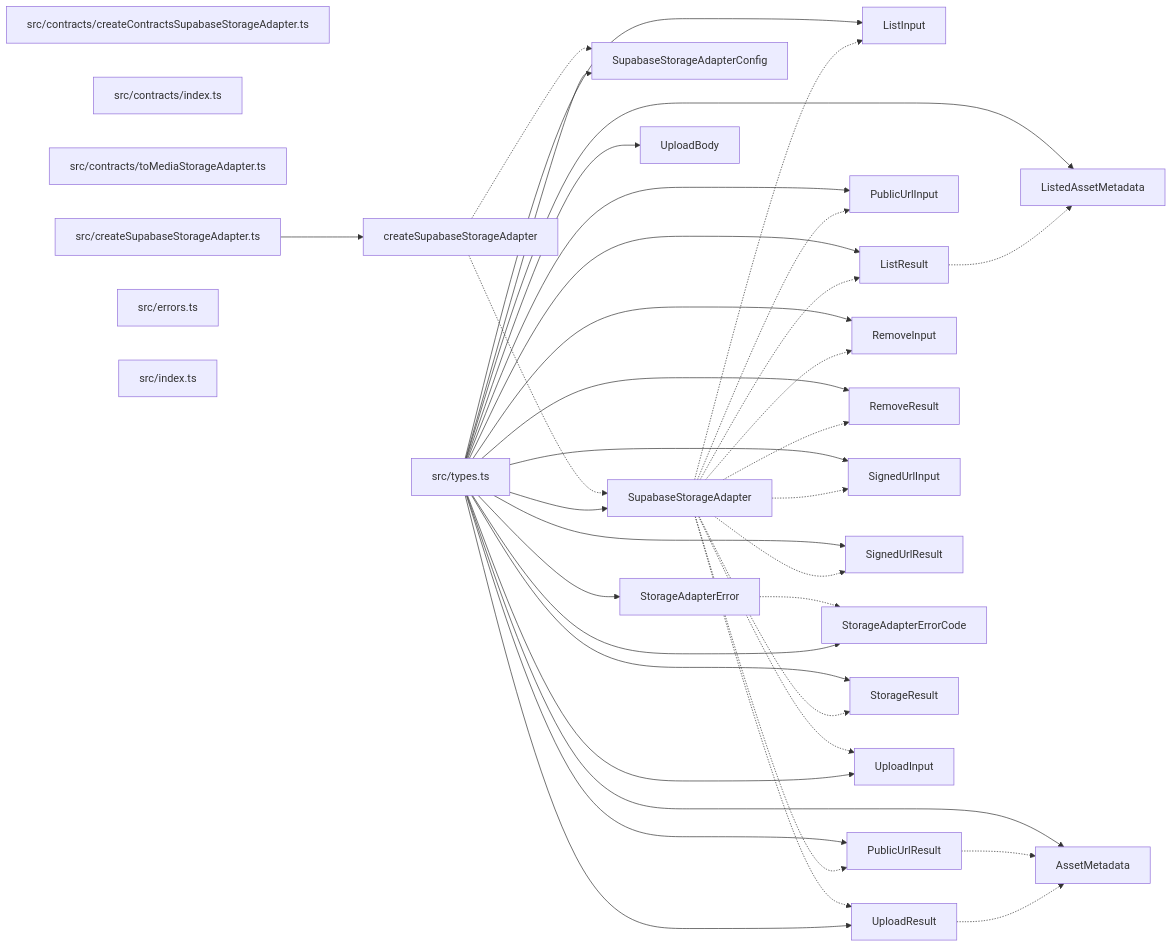
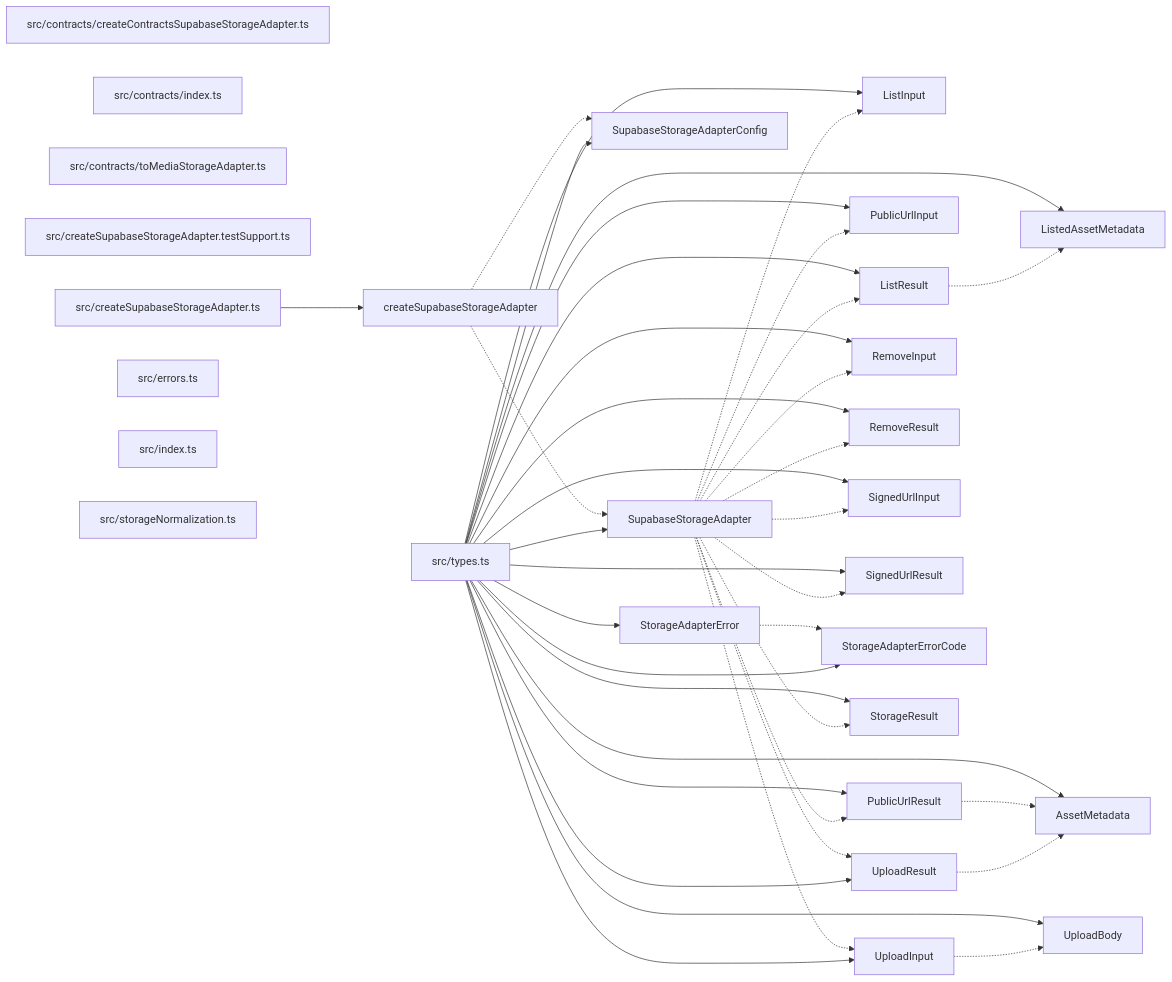
Before and after one commit to ankhorage/supabase-storage: the diagram in paradox/diagrams/export-graph.mmd, drawn with Mermaid. The commit also changed 12 other files, not shown here.

```diff
--- a/paradox/diagrams/export-graph.mmd
+++ b/paradox/diagrams/export-graph.mmd
@@ -1,63 +1,66 @@
 graph LR
   module_src_contracts_createContractsSupabaseStorageAdapter_ts["src/contracts/createContractsSupabaseStorageAdapter.ts"]
   module_src_contracts_index_ts["src/contracts/index.ts"]
   module_src_contracts_toMediaStorageAdapter_ts["src/contracts/toMediaStorageAdapter.ts"]
+  module_src_createSupabaseStorageAdapter_testSupport_ts["src/createSupabaseStorageAdapter.testSupport.ts"]
   module_src_createSupabaseStorageAdapter_ts["src/createSupabaseStorageAdapter.ts"]
   module_src_errors_ts["src/errors.ts"]
   module_src_index_ts["src/index.ts"]
+  module_src_storageNormalization_ts["src/storageNormalization.ts"]
   module_src_types_ts["src/types.ts"]
   export_AssetMetadata["AssetMetadata"]
   module_src_types_ts --> export_AssetMetadata
   export_createSupabaseStorageAdapter["createSupabaseStorageAdapter"]
   module_src_createSupabaseStorageAdapter_ts --> export_createSupabaseStorageAdapter
   export_createSupabaseStorageAdapter -.-> export_SupabaseStorageAdapter
   export_createSupabaseStorageAdapter -.-> export_SupabaseStorageAdapterConfig
   export_ListedAssetMetadata["ListedAssetMetadata"]
   module_src_types_ts --> export_ListedAssetMetadata
   export_ListInput["ListInput"]
   module_src_types_ts --> export_ListInput
   export_ListResult["ListResult"]
   module_src_types_ts --> export_ListResult
   export_ListResult -.-> export_ListedAssetMetadata
   export_PublicUrlInput["PublicUrlInput"]
   module_src_types_ts --> export_PublicUrlInput
   export_PublicUrlResult["PublicUrlResult"]
   module_src_types_ts --> export_PublicUrlResult
   export_PublicUrlResult -.-> export_AssetMetadata
   export_RemoveInput["RemoveInput"]
   module_src_types_ts --> export_RemoveInput
   export_RemoveResult["RemoveResult"]
   module_src_types_ts --> export_RemoveResult
   export_SignedUrlInput["SignedUrlInput"]
   module_src_types_ts --> export_SignedUrlInput
   export_SignedUrlResult["SignedUrlResult"]
   module_src_types_ts --> export_SignedUrlResult
   export_StorageAdapterError["StorageAdapterError"]
   module_src_types_ts --> export_StorageAdapterError
   export_StorageAdapterError -.-> export_StorageAdapterErrorCode
   export_StorageAdapterErrorCode["StorageAdapterErrorCode"]
   module_src_types_ts --> export_StorageAdapterErrorCode
   export_StorageResult["StorageResult"]
   module_src_types_ts --> export_StorageResult
   export_SupabaseStorageAdapter["SupabaseStorageAdapter"]
   module_src_types_ts --> export_SupabaseStorageAdapter
   export_SupabaseStorageAdapter -.-> export_ListInput
   export_SupabaseStorageAdapter -.-> export_ListResult
   export_SupabaseStorageAdapter -.-> export_PublicUrlInput
   export_SupabaseStorageAdapter -.-> export_PublicUrlResult
   export_SupabaseStorageAdapter -.-> export_RemoveInput
   export_SupabaseStorageAdapter -.-> export_RemoveResult
   export_SupabaseStorageAdapter -.-> export_SignedUrlInput
   export_SupabaseStorageAdapter -.-> export_SignedUrlResult
   export_SupabaseStorageAdapter -.-> export_StorageResult
   export_SupabaseStorageAdapter -.-> export_UploadInput
   export_SupabaseStorageAdapter -.-> export_UploadResult
   export_SupabaseStorageAdapterConfig["SupabaseStorageAdapterConfig"]
   module_src_types_ts --> export_SupabaseStorageAdapterConfig
   export_UploadBody["UploadBody"]
   module_src_types_ts --> export_UploadBody
   export_UploadInput["UploadInput"]
   module_src_types_ts --> export_UploadInput
+  export_UploadInput -.-> export_UploadBody
   export_UploadResult["UploadResult"]
   module_src_types_ts --> export_UploadResult
   export_UploadResult -.-> export_AssetMetadata
```
